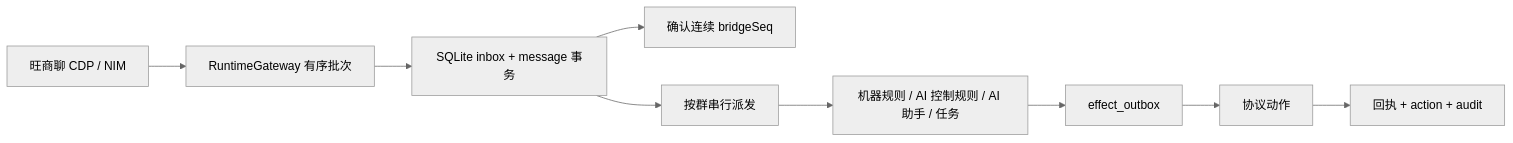
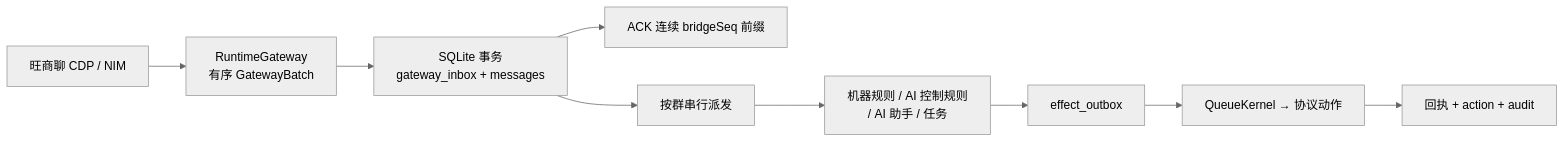
One commit to DH-devmax/d-hbot changed the third of 7 diagrams in docs/ARCHITECTURE.md. Above: the diagram before and after it, drawn with Mermaid (neutral theme). The commit also changed other lines of this file and 2 other files, not shown here.

First line of the commit message:
docs: 完善ARCHITECTURE.md / TECHNICAL-DESIGN.md / DATABASE-SCHEMA.md

````diff
--- a/docs/ARCHITECTURE.md
+++ b/docs/ARCHITECTURE.md
@@ -23,11 +134,11 @@
 ```mermaid
 flowchart LR
-  A["旺商聊 CDP / NIM"] --> B["RuntimeGateway 有序批次"]
-  B --> C["SQLite inbox + message 事务"]
-  C --> D["确认连续 bridgeSeq"]
+  A["旺商聊 CDP / NIM"] --> B["RuntimeGateway<br/>有序 GatewayBatch"]
+  B --> C["SQLite 事务<br/>gateway_inbox + messages"]
+  C --> D["ACK 连续 bridgeSeq 前缀"]
   C --> E["按群串行派发"]
-  E --> F["机器规则 / AI 控制规则 / AI 助手 / 任务"]
+  E --> F["机器规则 / AI 控制规则<br/>/ AI 助手 / 任务"]
   F --> G["effect_outbox"]
-  G --> H["协议动作"]
+  G --> H["QueueKernel → 协议动作"]
   H --> I["回执 + action + audit"]
 ```
````
